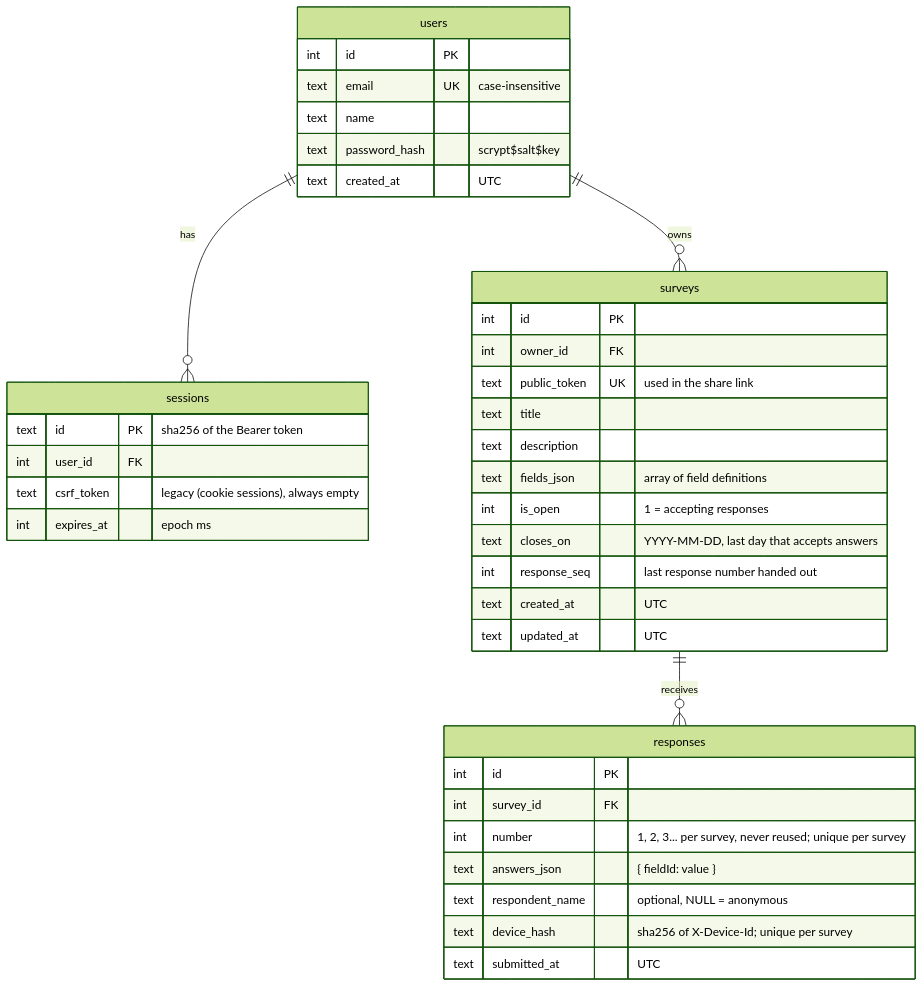
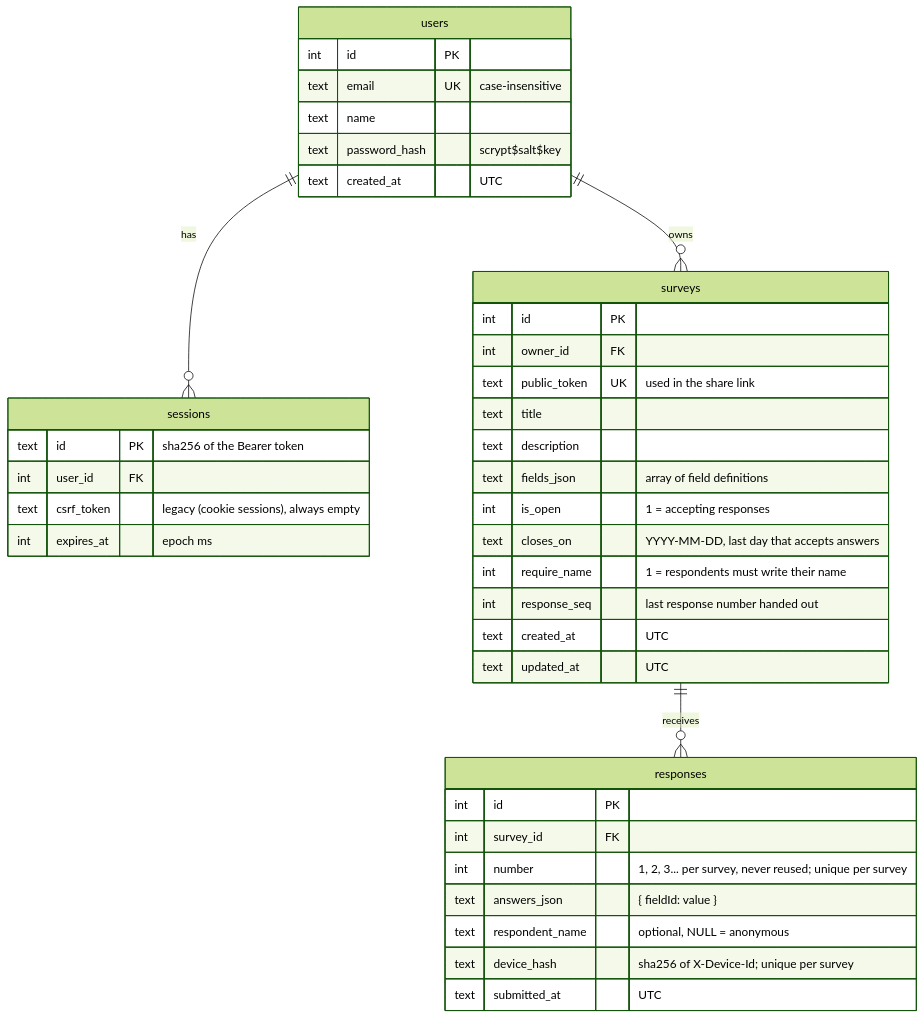
One commit to yendri404/survery changed the third of 3 diagrams in CODE_GUIDE.md. Above: the diagram before and after it, drawn with Mermaid (forest theme). The commit also changed other lines of this file and 20 other files, not shown here.

First line of the commit message:
feat: let creators require the respondent's name

````diff
--- a/CODE_GUIDE.md
+++ b/CODE_GUIDE.md
@@ -234,42 +234,43 @@
 ```mermaid
 erDiagram
     users ||--o{ sessions : has
     users ||--o{ surveys : owns
     surveys ||--o{ responses : receives
 
     users {
         int id PK
         text email UK "case-insensitive"
         text name
         text password_hash "scrypt$salt$key"
         text created_at "UTC"
     }
     sessions {
         text id PK "sha256 of the Bearer token"
         int user_id FK
         text csrf_token "legacy (cookie sessions), always empty"
         int expires_at "epoch ms"
     }
     surveys {
         int id PK
         int owner_id FK
         text public_token UK "used in the share link"
         text title
         text description
         text fields_json "array of field definitions"
         int is_open "1 = accepting responses"
         text closes_on "YYYY-MM-DD, last day that accepts answers"
+        int require_name "1 = respondents must write their name"
         int response_seq "last response number handed out"
         text created_at "UTC"
         text updated_at "UTC"
     }
     responses {
         int id PK
         int survey_id FK
         int number "1, 2, 3... per survey, never reused; unique per survey"
         text answers_json "{ fieldId: value }"
         text respondent_name "optional, NULL = anonymous"
         text device_hash "sha256 of X-Device-Id; unique per survey"
         text submitted_at "UTC"
     }
 ```
````
